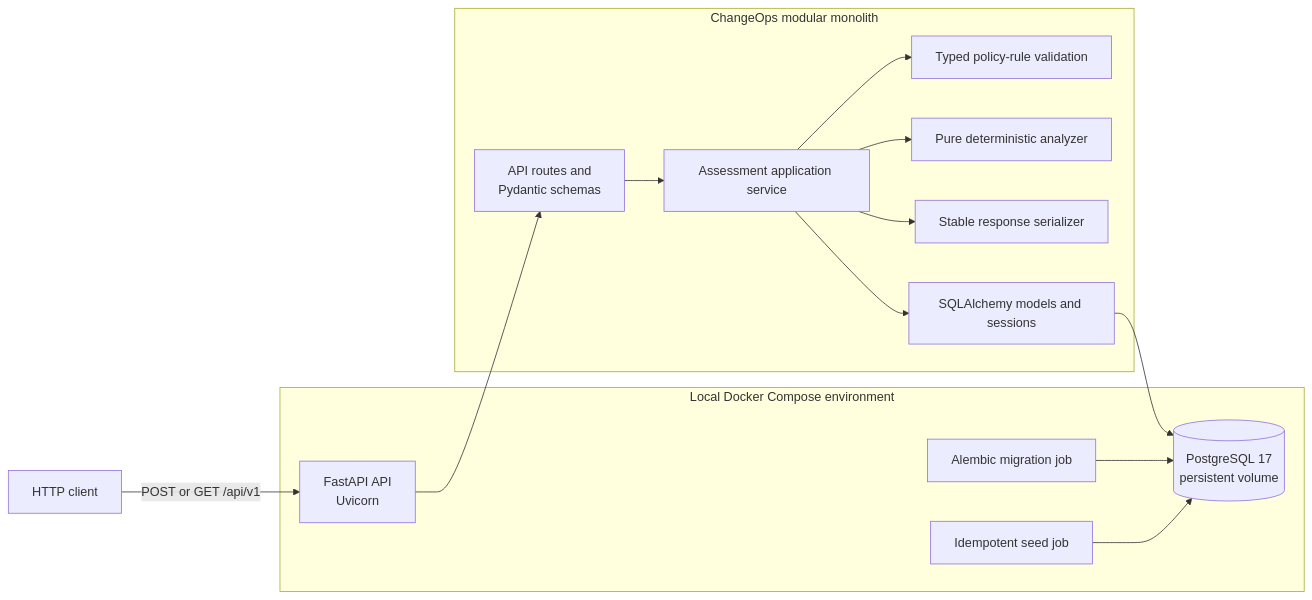
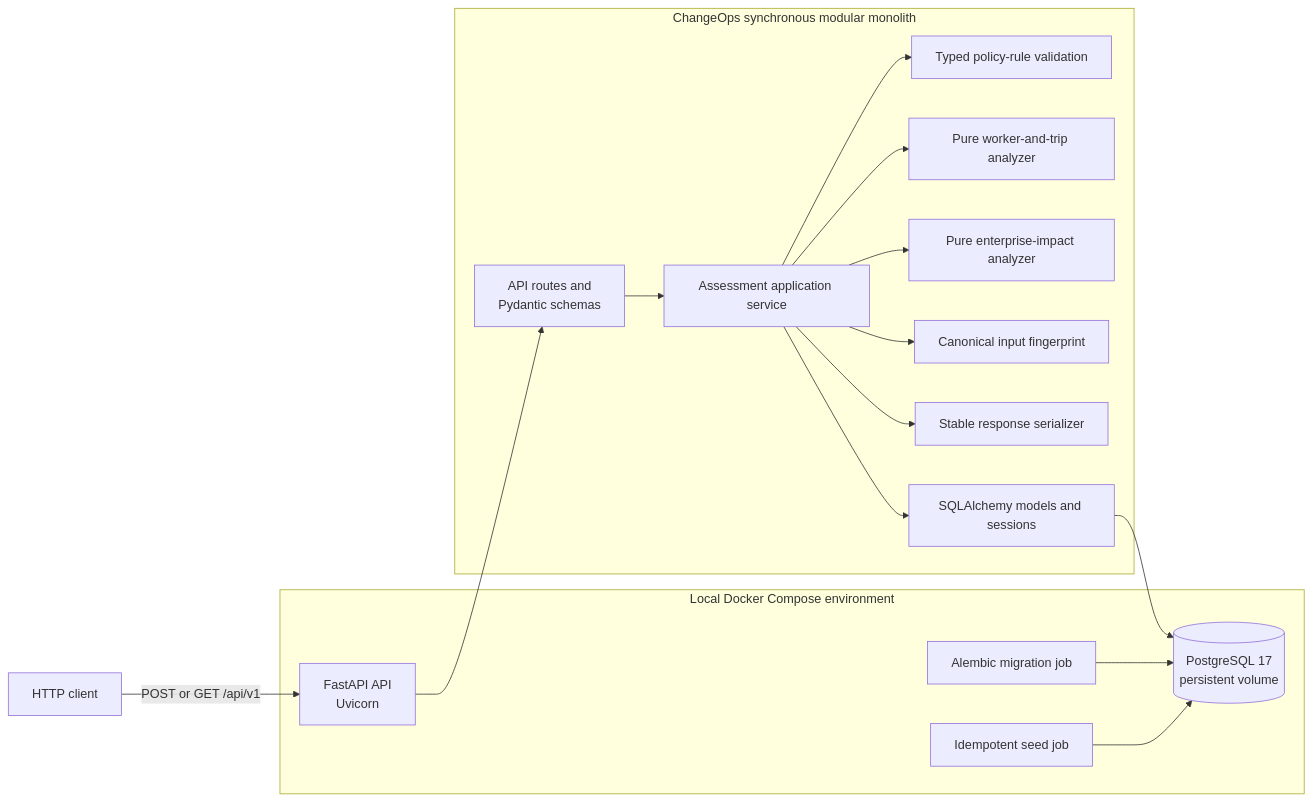
Before and after one commit to jaydreyer/ChangeOps: the first of 2 diagrams in docs/architecture.md, drawn with Mermaid. The commit also changed other lines of this file and 19 other files, not shown here.

Commit message:
Implement deterministic enterprise impact discovery

````diff
--- a/docs/architecture.md
+++ b/docs/architecture.md
@@ -7,31 +7,35 @@
 ```mermaid
 flowchart LR
     Client["HTTP client"]
 
     subgraph Compose["Local Docker Compose environment"]
         API["FastAPI API<br/>Uvicorn"]
         Migrate["Alembic migration job"]
         Seed["Idempotent seed job"]
         DB[("PostgreSQL 17<br/>persistent volume")]
     end
 
-    subgraph Application["ChangeOps modular monolith"]
+    subgraph Application["ChangeOps synchronous modular monolith"]
         Routes["API routes and<br/>Pydantic schemas"]
         Service["Assessment application service"]
         Rules["Typed policy-rule validation"]
-        Analyzer["Pure deterministic analyzer"]
+        WorkerAnalyzer["Pure worker-and-trip analyzer"]
+        EnterpriseAnalyzer["Pure enterprise-impact analyzer"]
+        Fingerprint["Canonical input fingerprint"]
         Serializer["Stable response serializer"]
         ORM["SQLAlchemy models and sessions"]
     end
 
     Client -->|"POST or GET /api/v1"| API
     API --> Routes
     Routes --> Service
     Service --> Rules
-    Service --> Analyzer
+    Service --> WorkerAnalyzer
+    Service --> EnterpriseAnalyzer
+    Service --> Fingerprint
     Service --> ORM
     Service --> Serializer
     ORM --> DB
     Migrate --> DB
     Seed --> DB
 ```
````
